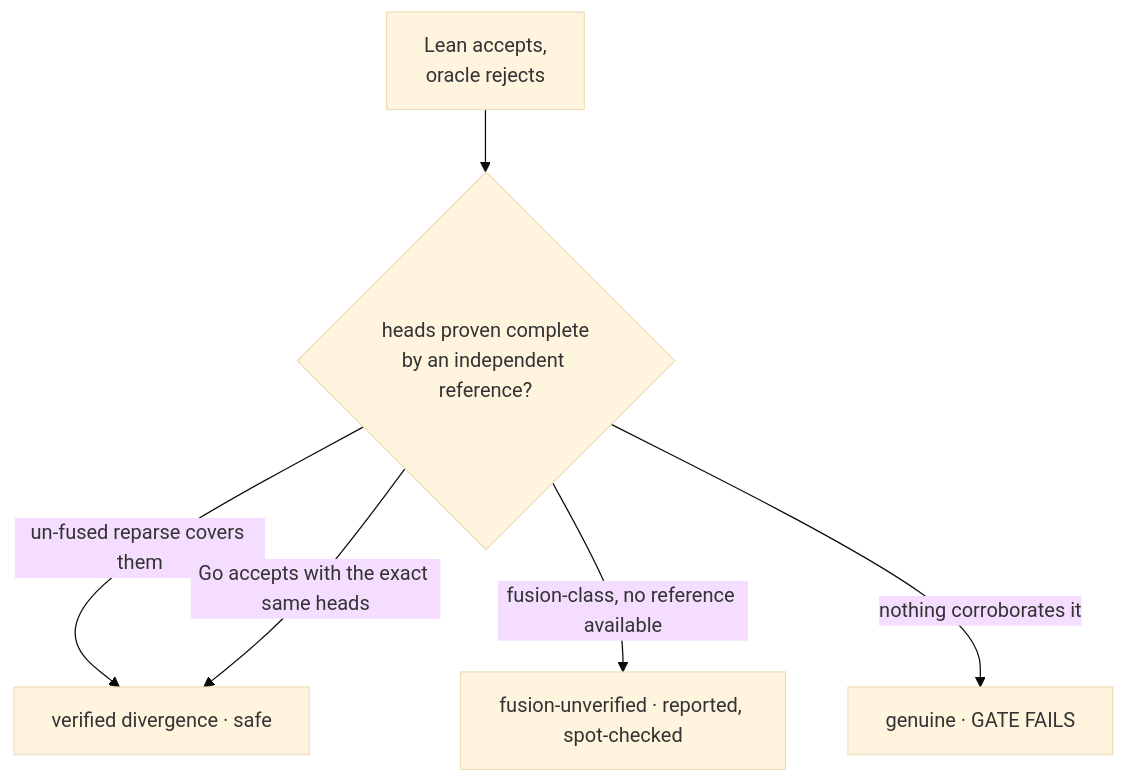
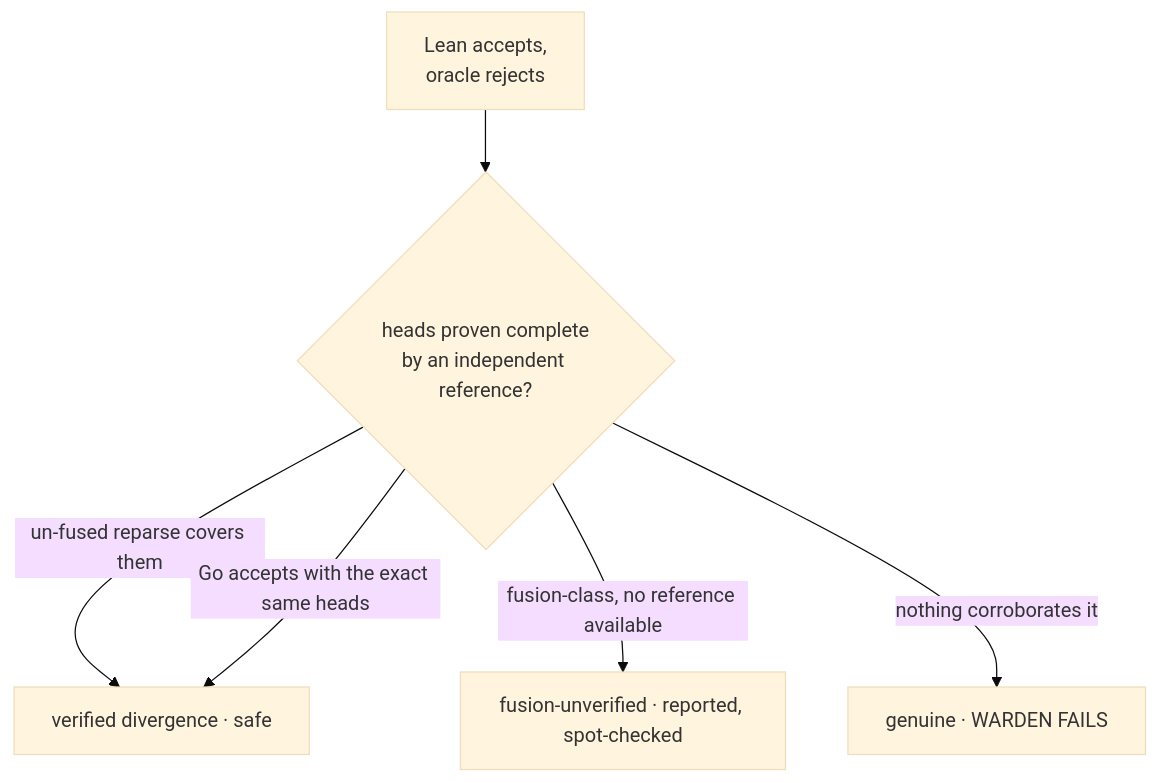
The second of 2 diagrams in docs/client-diversity.md (levitatingflyfisher/openDaisugi), drawn with Mermaid (base theme) before and after one commit. The commit also changed other lines of this file and 2570 other files, not shown here.

````diff
--- a/docs/client-diversity.md
+++ b/docs/client-diversity.md
@@ -114,8 +114,8 @@
 ```mermaid
 flowchart TD
     FA[Lean accepts,<br/>oracle rejects] --> Q{heads proven complete<br/>by an independent reference?}
     Q -->|un-fused reparse covers them| V[verified divergence · safe]
     Q -->|Go accepts with the exact same heads| V
     Q -->|fusion-class, no reference available| U[fusion-unverified · reported, spot-checked]
-    Q -->|nothing corroborates it| GEN[genuine · GATE FAILS]
+    Q -->|nothing corroborates it| GEN[genuine · WARDEN FAILS]
 ```
````
